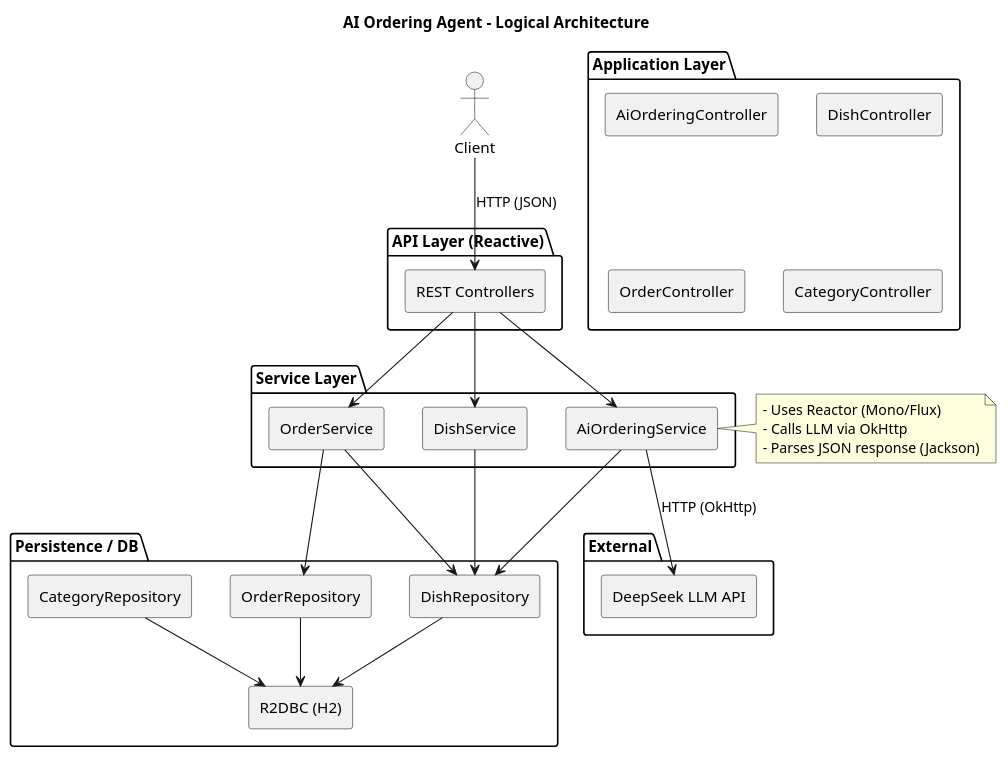
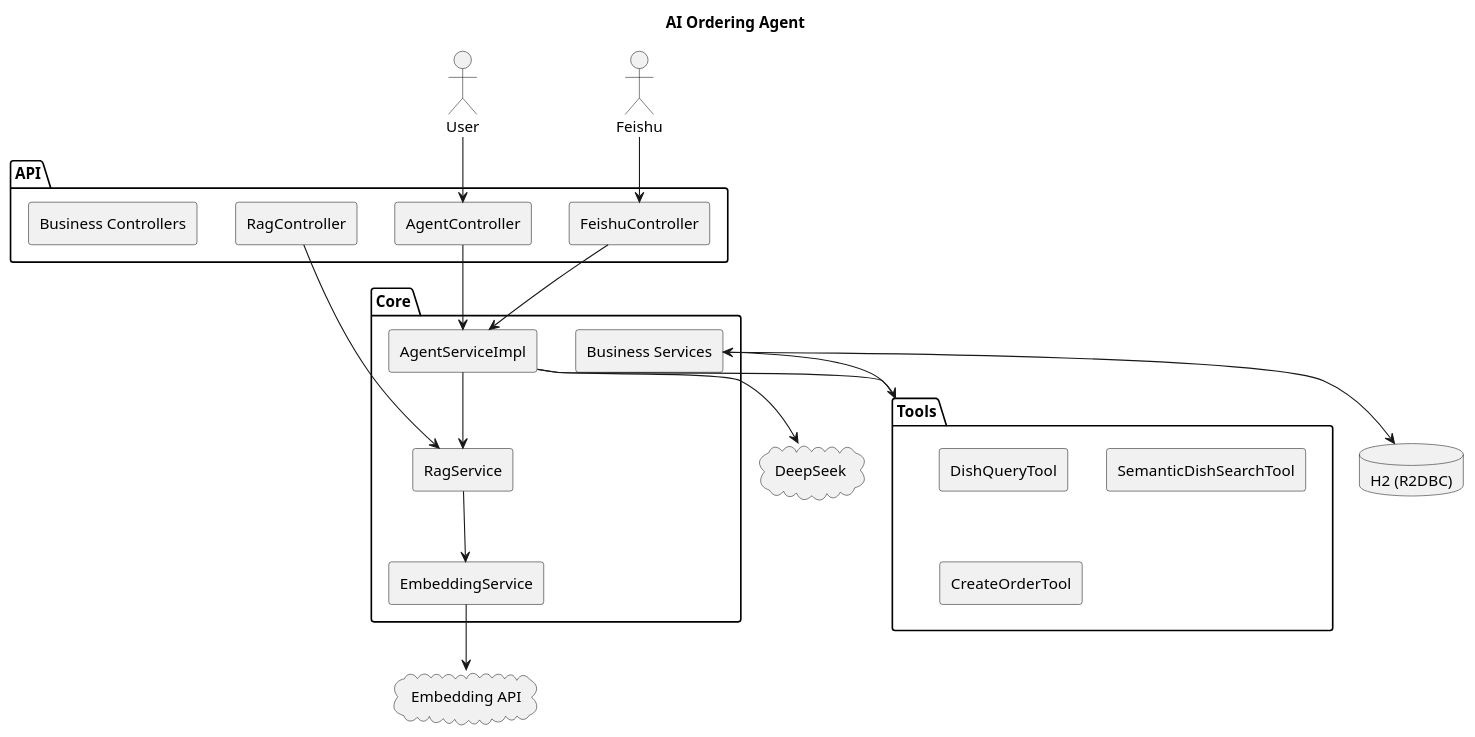
One commit to huhaosumail/ai-ordering-agent changed the diagram in TECH_ARCHITECTURE.md. Above: the diagram before and after it, drawn with PlantUML. The commit also changed other lines of this file and 6 other files, not shown here.

````diff
--- a/TECH_ARCHITECTURE.md
+++ b/TECH_ARCHITECTURE.md
@@ -79,58 +116,47 @@
 ```plantuml
 @startuml
 skinparam componentStyle rectangle
-title AI Ordering Agent - Logical Architecture
+title AI Ordering Agent
 
-actor Client
+actor User
+actor Feishu
 
-package "API Layer (Reactive)" {
-  [REST Controllers]
-  Client --> [REST Controllers] : HTTP (JSON)
+package "API" {
+  [AgentController]
+  [RagController]
+  [FeishuController]
+  [Business Controllers]
 }
 
-package "Application Layer" {
-  [AiOrderingController]
-  [DishController]
-  [OrderController]
-  [CategoryController]
+package "Core" {
+  [AgentServiceImpl]
+  [RagService]
+  [EmbeddingService]
+  [Business Services]
 }
 
-package "Service Layer" {
-  [AiOrderingService]
-  [DishService]
-  [OrderService]
+package "Tools" {
+  [DishQueryTool]
+  [SemanticDishSearchTool]
+  [CreateOrderTool]
 }
 
-package "Persistence / DB" {
-  [R2DBC (H2)]
-  [DishRepository]
-  [OrderRepository]
-  [CategoryRepository]
-}
+database "H2 (R2DBC)" as DB
 
-package "External" {
-  [DeepSeek LLM API]
-}
+cloud "DeepSeek" as LLM
+cloud "Embedding API" as EMB
 
-[REST Controllers] --> [AiOrderingService]
-[REST Controllers] --> [DishService]
-[REST Controllers] --> [OrderService]
-
-[AiOrderingService] --> [DeepSeek LLM API] : HTTP (OkHttp)
-[AiOrderingService] --> [DishRepository]
-[DishService] --> [DishRepository]
-[OrderService] --> [OrderRepository]
-[OrderService] --> [DishRepository]
-
-[DishRepository] --> [R2DBC (H2)]
-[OrderRepository] --> [R2DBC (H2)]
-[CategoryRepository] --> [R2DBC (H2)]
-
-note right of [AiOrderingService]
-  - Uses Reactor (Mono/Flux)
-  - Calls LLM via OkHttp
-  - Parses JSON response (Jackson)
-end note
-
+User --> [AgentController]
+Feishu --> [FeishuController]
+[FeishuController] --> [AgentServiceImpl]
+[AgentController] --> [AgentServiceImpl]
+[AgentServiceImpl] --> LLM
+[AgentServiceImpl] --> [Tools]
+[AgentServiceImpl] --> [RagService]
+[RagService] --> [EmbeddingService]
+[EmbeddingService] --> EMB
+[Tools] --> [Business Services]
+[Business Services] --> DB
+[RagController] --> [RagService]
 @enduml
 ```
````
